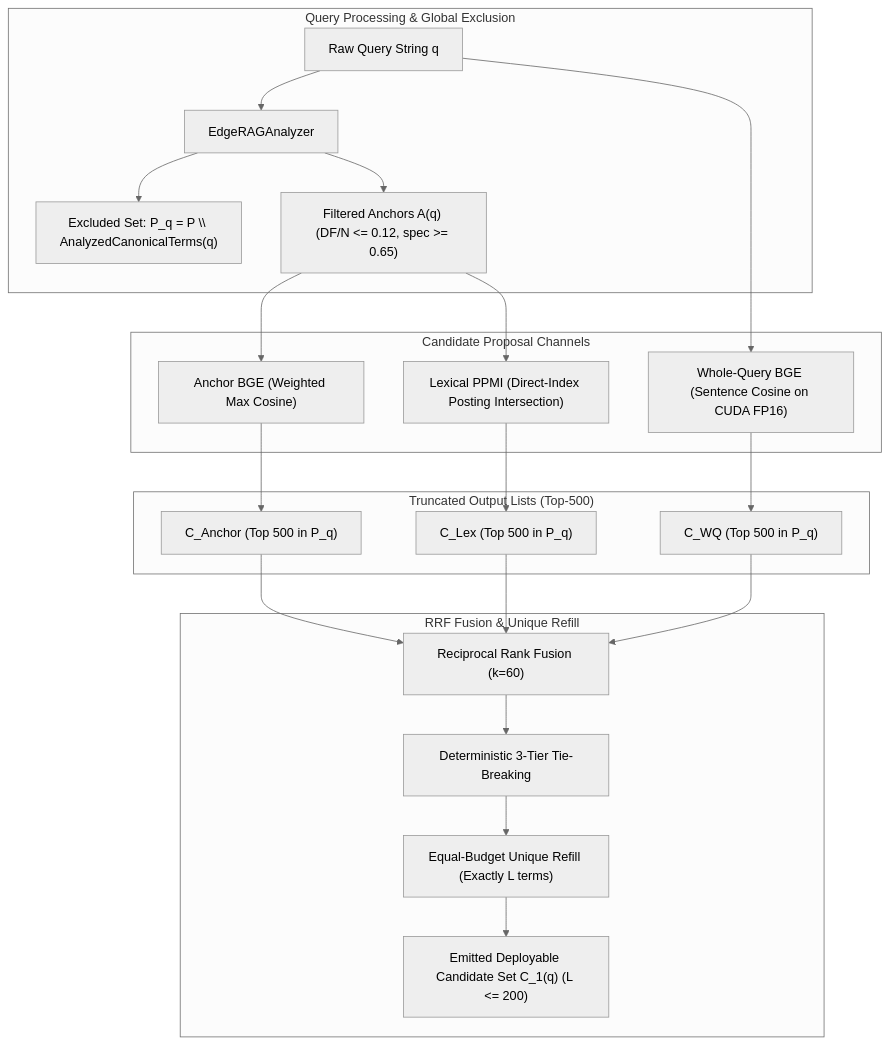
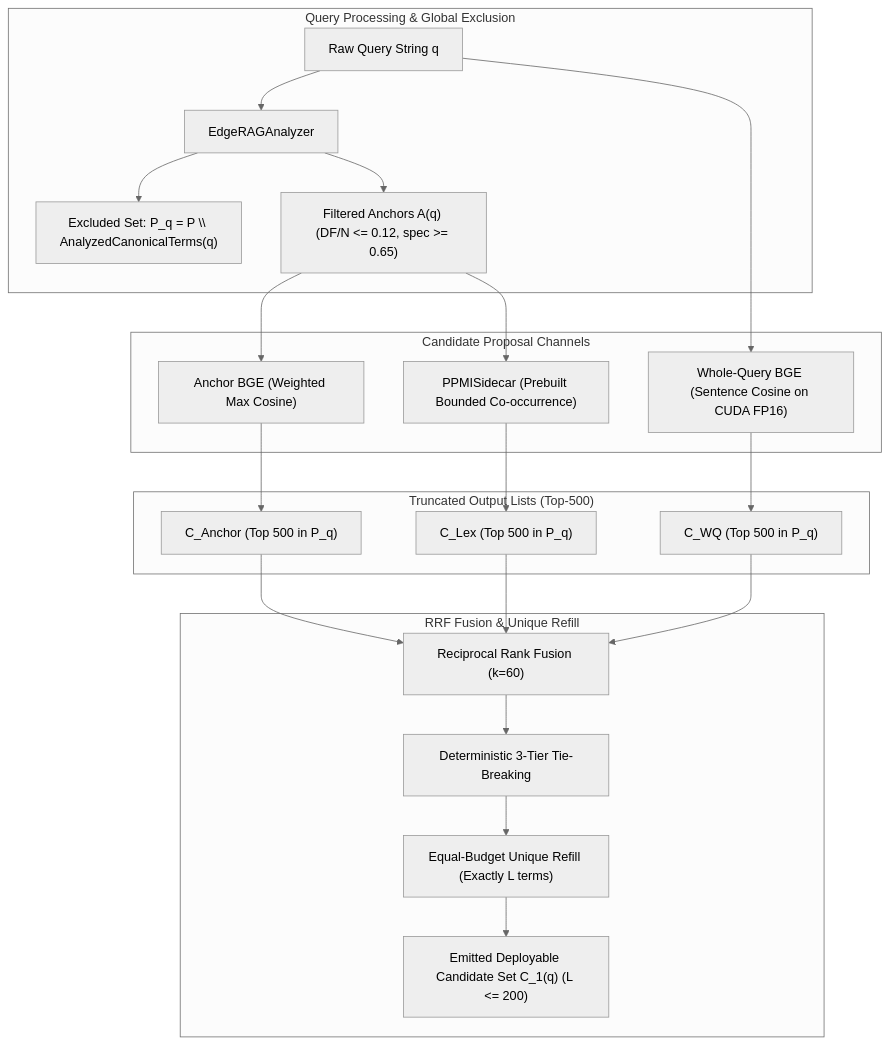
One commit to spchjken/Edge-RAG changed the diagram in CRVE/src/crve/selection/pathway_gate1_selection.md. Above: the diagram before and after it, drawn with Mermaid (neutral theme). The commit also changed other lines of this file and 14 other files, not shown here.

````diff
--- a/CRVE/src/crve/selection/pathway_gate1_selection.md
+++ b/CRVE/src/crve/selection/pathway_gate1_selection.md
@@ -16,27 +16,27 @@
 ```mermaid
 flowchart TD
     subgraph Input["Query Processing & Global Exclusion"]
         Q["Raw Query String q"] --> Analyzer["EdgeRAGAnalyzer"]
         Analyzer --> Exclusions["Excluded Set: P_q = P \\ AnalyzedCanonicalTerms(q)"]
         Analyzer --> Anchors["Filtered Anchors A(q) (DF/N <= 0.12, spec >= 0.65)"]
     end
 
     subgraph Channels["Candidate Proposal Channels"]
         Q --> WQ["Whole-Query BGE (Sentence Cosine on CUDA FP16)"]
         Anchors --> AnchorBGE["Anchor BGE (Weighted Max Cosine)"]
-        Anchors --> LexPPMI["Lexical PPMI (Direct-Index Posting Intersection)"]
+        Anchors --> LexPPMI["PPMISidecar (Prebuilt Bounded Co-occurrence)"]
     end
 
     subgraph CandidateRankings["Truncated Output Lists (Top-500)"]
         WQ --> C_WQ["C_WQ (Top 500 in P_q)"]
         AnchorBGE --> C_Anc["C_Anchor (Top 500 in P_q)"]
         LexPPMI --> C_Lex["C_Lex (Top 500 in P_q)"]
     end
 
     subgraph Fusion["RRF Fusion & Unique Refill"]
         C_WQ & C_Anc & C_Lex --> RRF["Reciprocal Rank Fusion (k=60)"]
         RRF --> TieBreak["Deterministic 3-Tier Tie-Breaking"]
         TieBreak --> Refill["Equal-Budget Unique Refill (Exactly L terms)"]
         Refill --> Output["Emitted Deployable Candidate Set C_1(q) (L <= 200)"]
     end
 ```
````
